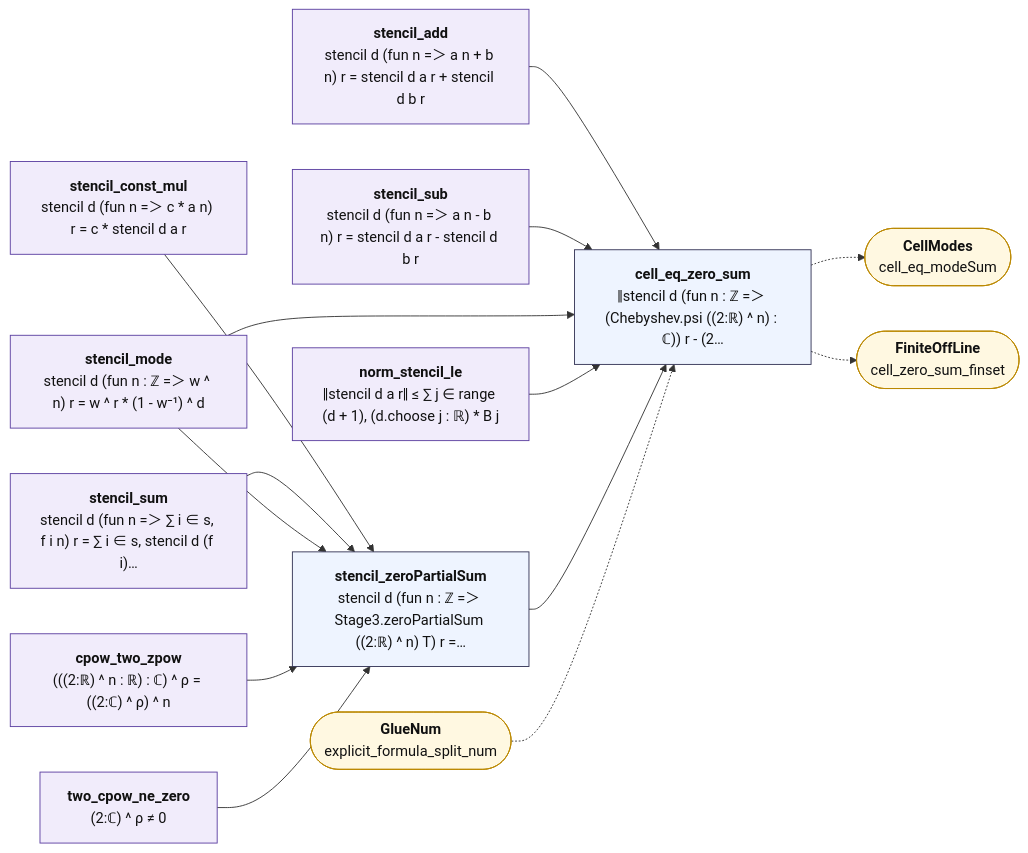
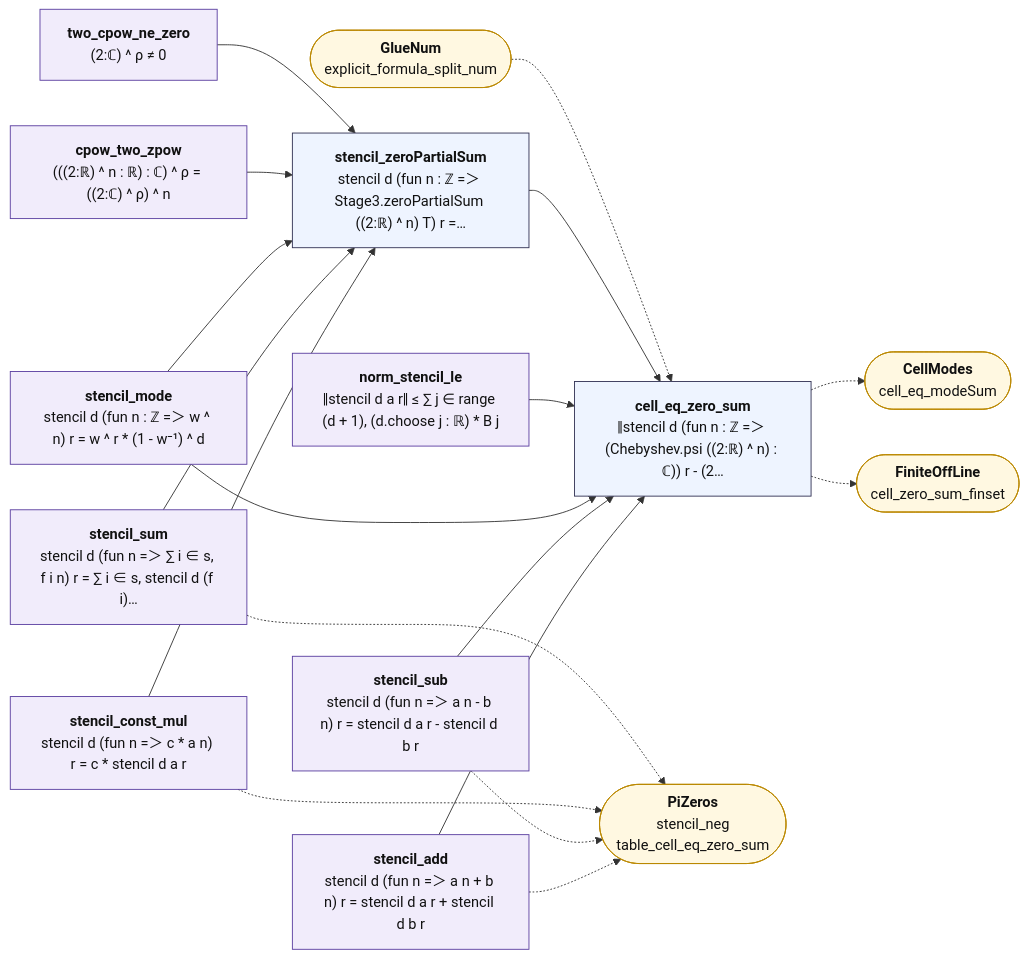
Before and after one commit to juliansambranojr/Primebeat_081426: the diagram in map/lean_stage3/CellZeros.mmd, drawn with Mermaid. The commit also changed 55 other files, not shown here.

First line of the commit message:
T2 and T3a: the integer table's cell as a sum over the zeros; the height along the rows (units 0441, 0442)

```diff
--- a/map/lean_stage3/CellZeros.mmd
+++ b/map/lean_stage3/CellZeros.mmd
@@ -1,35 +1,40 @@
 flowchart LR
   n0["<b>stencil_add</b><br/>stencil d (fun n =＞ a n + b n) r = stencil d a r + stencil d b r"]:::shp
   n1["<b>stencil_sub</b><br/>stencil d (fun n =＞ a n - b n) r = stencil d a r - stencil d b r"]:::shp
   n2["<b>stencil_const_mul</b><br/>stencil d (fun n =＞ c * a n) r = c * stencil d a r"]:::shp
   n3["<b>stencil_sum</b><br/>stencil d (fun n =＞ ∑ i ∈ s, f i n) r = ∑ i ∈ s, stencil d (f i)…"]:::shp
   n4["<b>stencil_mode</b><br/>stencil d (fun n : ℤ =＞ w ^ n) r = w ^ r * (1 - w⁻¹) ^ d"]:::shp
   n5["<b>norm_stencil_le</b><br/>‖stencil d a r‖ ≤ ∑ j ∈ range (d + 1), (d.choose j : ℝ) * B j"]:::shp
   n6["<b>cpow_two_zpow</b><br/>(((2:ℝ) ^ n : ℝ) : ℂ) ^ ρ = ((2:ℂ) ^ ρ) ^ n"]:::shp
   n7["<b>two_cpow_ne_zero</b><br/>(2:ℂ) ^ ρ ≠ 0"]:::shp
   n8["<b>stencil_zeroPartialSum</b><br/>stencil d (fun n : ℤ =＞ Stage3.zeroPartialSum ((2:ℝ) ^ n) T) r =…"]:::thm
   n9["<b>cell_eq_zero_sum</b><br/>‖stencil d (fun n : ℤ =＞ (Chebyshev.psi ((2:ℝ) ^ n) : ℂ)) r - (2…"]:::thm
-  x0(["<b>GlueNum</b><br/>explicit_formula_split_num"]):::ext
-  x1(["<b>CellModes</b><br/>cell_eq_modeSum"]):::ext
-  x2(["<b>FiniteOffLine</b><br/>cell_zero_sum_finset"]):::ext
+  x0(["<b>PiZeros</b><br/>stencil_neg<br/>table_cell_eq_zero_sum"]):::ext
+  x1(["<b>GlueNum</b><br/>explicit_formula_split_num"]):::ext
+  x2(["<b>CellModes</b><br/>cell_eq_modeSum"]):::ext
+  x3(["<b>FiniteOffLine</b><br/>cell_zero_sum_finset"]):::ext
   n0 --> n9
   n1 --> n9
   n2 --> n8
   n3 --> n8
   n4 --> n8
   n4 --> n9
   n5 --> n9
   n6 --> n8
   n7 --> n8
   n8 --> n9
-  n9 -.-> x1
+  n0 -.-> x0
+  n1 -.-> x0
+  n2 -.-> x0
+  n3 -.-> x0
   n9 -.-> x2
-  x0 -.-> n9
+  n9 -.-> x3
+  x1 -.-> n9
   classDef cnt fill:#dff5ec,stroke:#17694a,color:#111
   classDef shp fill:#f1ecfb,stroke:#5b3fa0,color:#111
   classDef rh fill:#ffe5e5,stroke:#c22,color:#111,stroke-width:2px
   classDef thm fill:#eef4ff,stroke:#335,color:#111
   classDef end_ fill:#e7f7e7,stroke:#2a7,color:#111,stroke-width:2px
   classDef lone fill:#fff,stroke:#999,color:#111,stroke-dasharray:4 3
   classDef bad fill:#ffe5e5,stroke:#c22,color:#111,stroke-width:2px
   classDef ext fill:#fff8e1,stroke:#b80,color:#111
```
